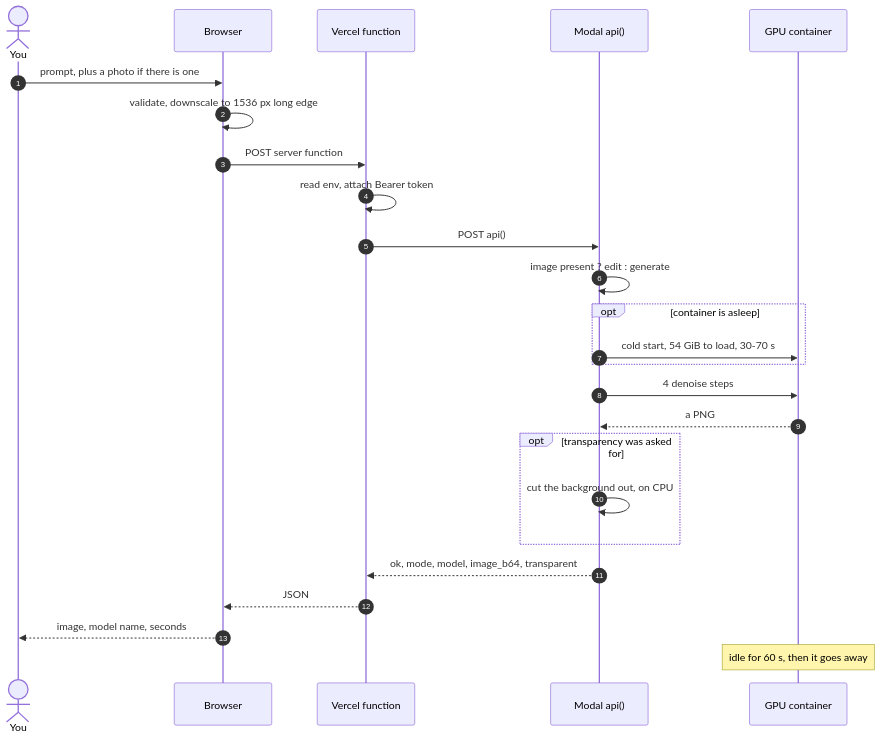
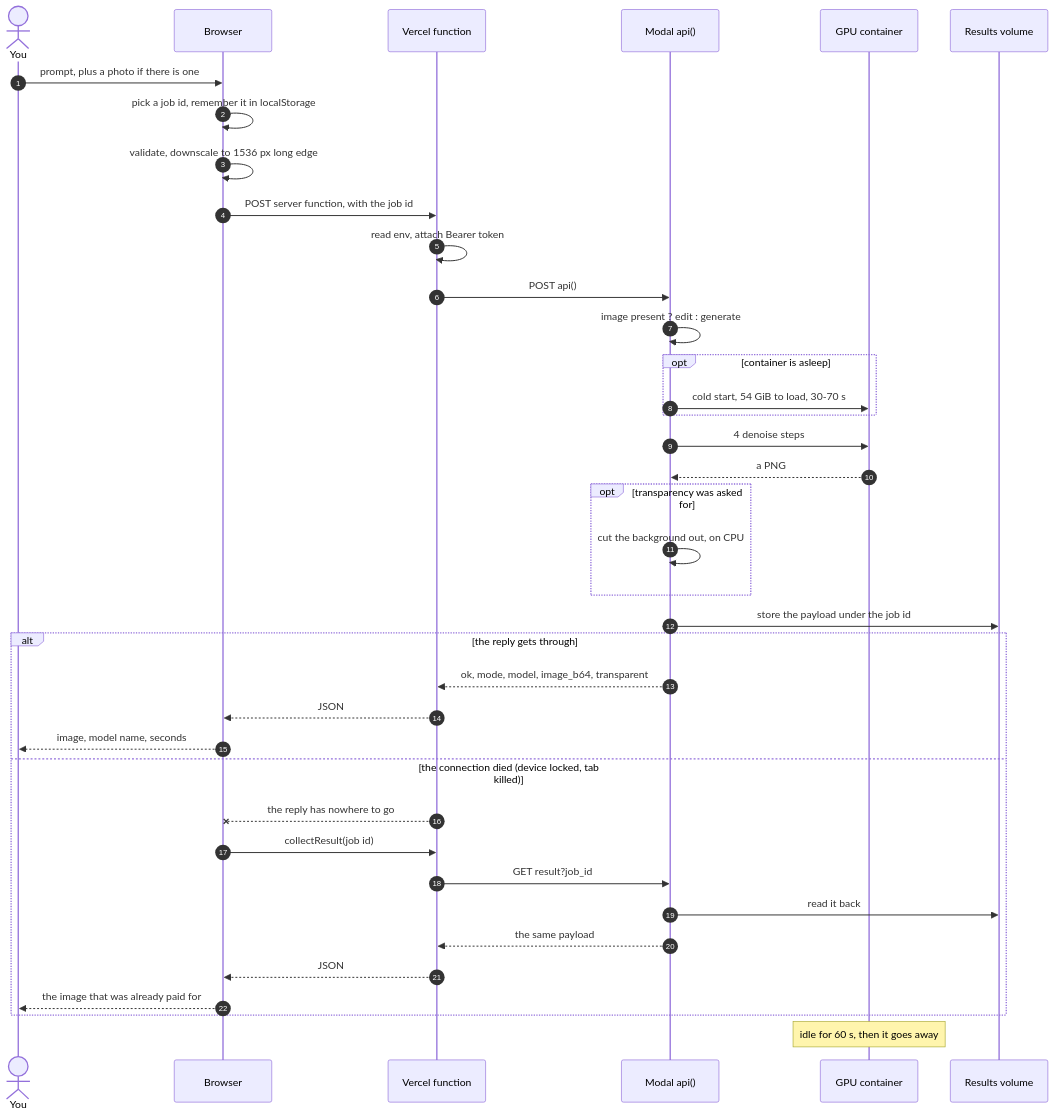
Before and after one commit to kusalkalinga00/latent-image-generator: the second of 2 diagrams in README.md, drawn with Mermaid. The commit also changed other lines of this file, not shown here.

````diff
--- a/README.md
+++ b/README.md
@@ -125,28 +147,41 @@
 ```mermaid
 sequenceDiagram
   autonumber
   actor U as You
   participant B as Browser
   participant F as Vercel function
   participant A as Modal api()
   participant G as GPU container
+  participant R as Results volume
 
   U->>B: prompt, plus a photo if there is one
+  B->>B: pick a job id, remember it in localStorage
   B->>B: validate, downscale to 1536 px long edge
-  B->>F: POST server function
+  B->>F: POST server function, with the job id
   F->>F: read env, attach Bearer token
   F->>A: POST api()
   A->>A: image present ? edit : generate
   opt container is asleep
     A->>G: cold start, 54 GiB to load, 30-70 s
   end
   A->>G: 4 denoise steps
   G-->>A: a PNG
   opt transparency was asked for
     A->>A: cut the background out, on CPU
   end
-  A-->>F: ok, mode, model, image_b64, transparent
-  F-->>B: JSON
-  B-->>U: image, model name, seconds
+  A->>R: store the payload under the job id
+  alt the reply gets through
+    A-->>F: ok, mode, model, image_b64, transparent
+    F-->>B: JSON
+    B-->>U: image, model name, seconds
+  else the connection died (device locked, tab killed)
+    F--xB: the reply has nowhere to go
+    B->>F: collectResult(job id)
+    F->>A: GET result?job_id
+    A->>R: read it back
+    A-->>F: the same payload
+    F-->>B: JSON
+    B-->>U: the image that was already paid for
+  end
   Note over G: idle for 60 s, then it goes away
 ```
````
